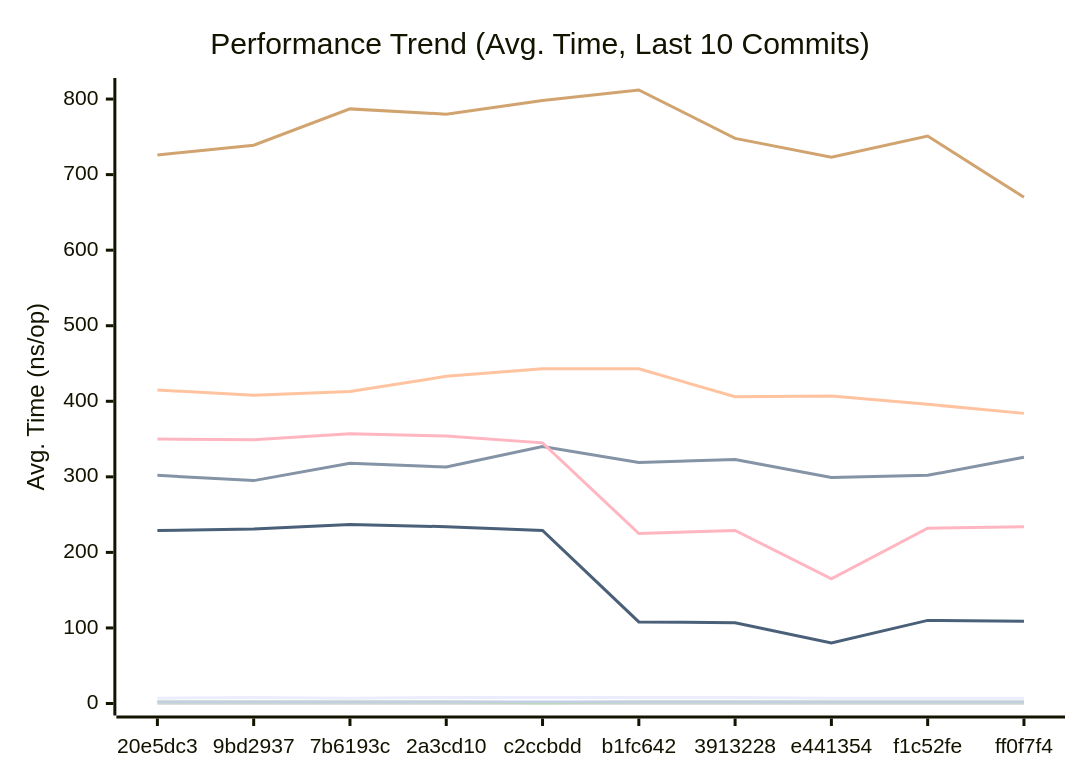
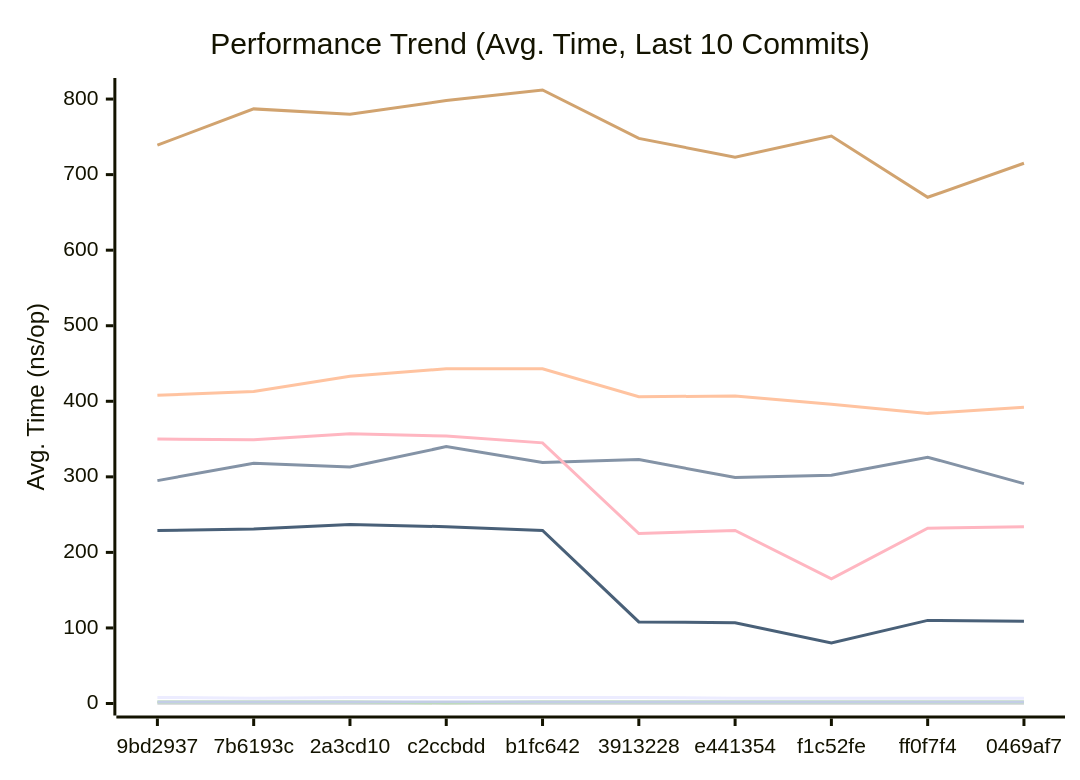
The first of 3 diagrams in docs/PERFORMANCE.md (alsotoes/momo), drawn with Mermaid before and after one commit. The commit also changed other lines of this file and 2 other files, not shown here.

````diff
--- a/docs/PERFORMANCE.md
+++ b/docs/PERFORMANCE.md
@@ -80,16 +80,16 @@
 ```mermaid
 xychart-beta
     title "Performance Trend (Avg. Time, Last 10 Commits)"
     x-axis "Commit"
     y-axis "Avg. Time (ns/op)"
-    x-axis [20e5dc3,9bd2937,7b6193c,2a3cd10,c2ccbdd,b1fc642,3913228,e441354,f1c52fe,ff0f7f4]
-    line "CheckMetricsAndSwap" [7,8,7,8,8,8,8,7,7,7]
-    line "CrushOptimized" [302,295,318,313,340,319,323,299,302,326]
-    line "CrushOriginal" [415,408,413,433,443,443,406,407,396,384]
+    x-axis [9bd2937,7b6193c,2a3cd10,c2ccbdd,b1fc642,3913228,e441354,f1c52fe,ff0f7f4,0469af7]
+    line "CheckMetricsAndSwap" [8,7,8,8,8,8,7,7,7,7]
+    line "CrushOptimized" [295,318,313,340,319,323,299,302,326,291]
+    line "CrushOriginal" [408,413,433,443,443,406,407,396,384,392]
     line "IndexDirectTracking" [0,0,0,0,0,0,0,0,0,0]
-    line "IndexSearch" [2,2,2,2,1,2,2,2,2,2]
-    line "LoadGlobalConfig" [726,739,787,780,798,812,748,723,751,670]
+    line "IndexSearch" [2,2,2,1,2,2,2,2,2,2]
+    line "LoadGlobalConfig" [739,787,780,798,812,748,723,751,670,715]
     line "PadString" [2,2,2,2,2,2,2,2,2,2]
     line "ParseReplicationOrder_NoPrealloc" [350,349,357,354,345,225,229,165,232,234]
     line "ParseReplicationOrder_Prealloc" [229,231,237,234,229,108,107,80,110,109]
 ```
````
